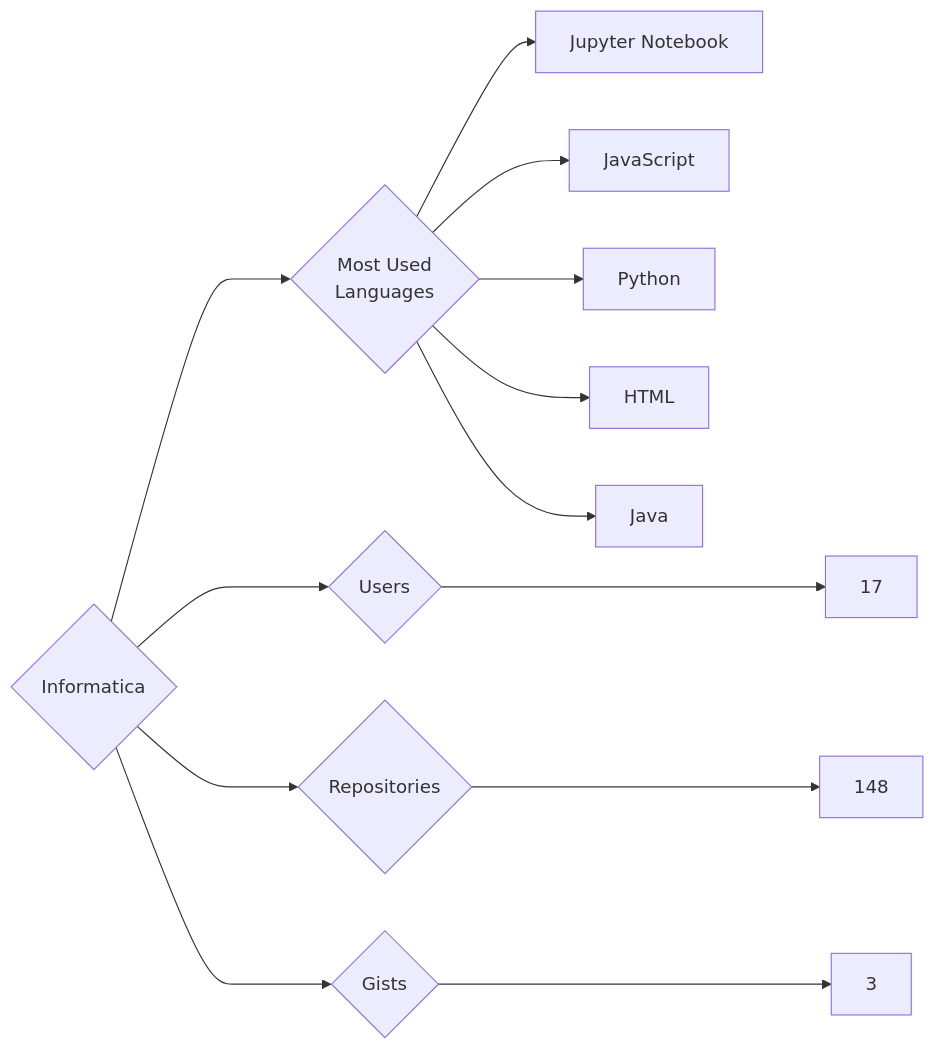
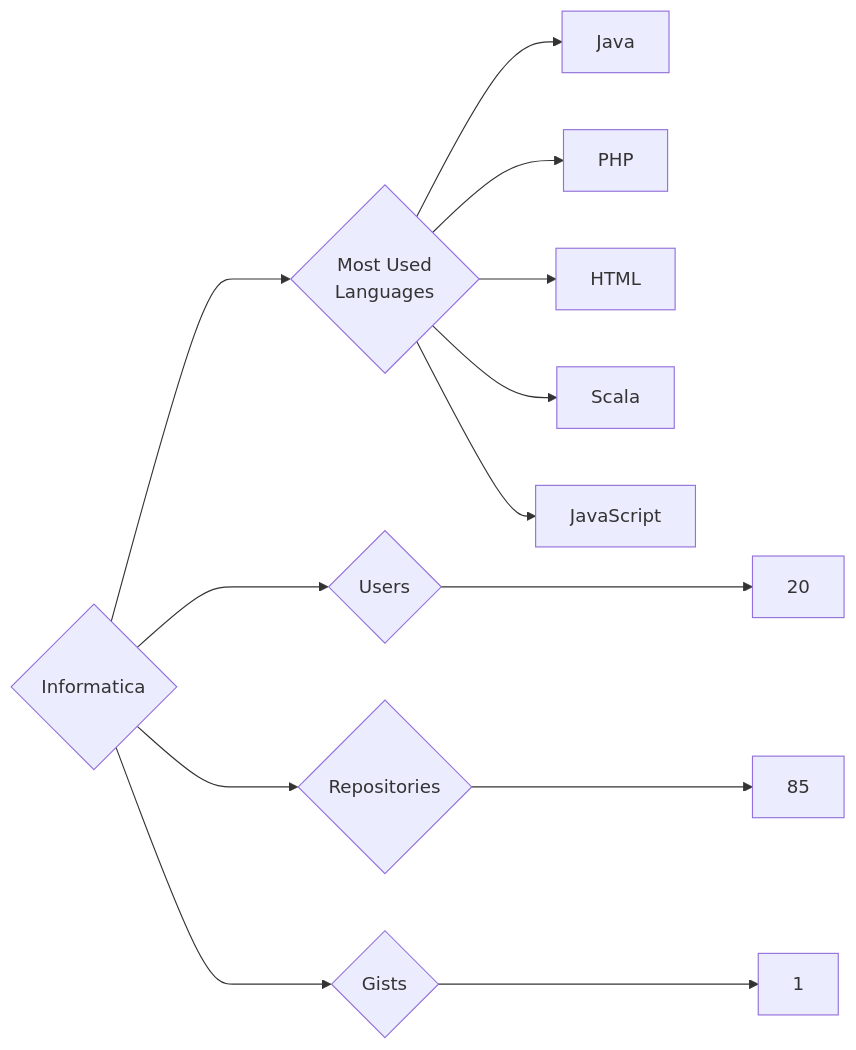
One commit to trickest/insiders changed the diagram in targets/Informatica/README.md. Above: the diagram before and after it, drawn with Mermaid. The commit also changed 934 other files, not shown here.

````diff
--- a/targets/Informatica/README.md
+++ b/targets/Informatica/README.md
@@ -3,13 +3,13 @@
 ```mermaid
 graph LR
 COMPANY_NAME{Informatica}
-COMPANY_NAME ---> U{Users} ---> UN[17]
-COMPANY_NAME ---> R{Repositories} ---> RN[148]
-COMPANY_NAME ---> G{Gists} ---> GN[3]
+COMPANY_NAME ---> U{Users} ---> UN[20]
+COMPANY_NAME ---> R{Repositories} ---> RN[85]
+COMPANY_NAME ---> G{Gists} ---> GN[1]
 COMPANY_NAME ---> ML{Most Used<br>Languages}
-ML --> Jupyter_Notebook[Jupyter Notebook]
+ML --> Java[Java]
+ML --> PHP[PHP]
+ML --> HTML[HTML]
+ML --> Scala[Scala]
 ML --> JavaScript[JavaScript]
-ML --> Python[Python]
-ML --> HTML[HTML]
-ML --> Java[Java]
 ```
````
